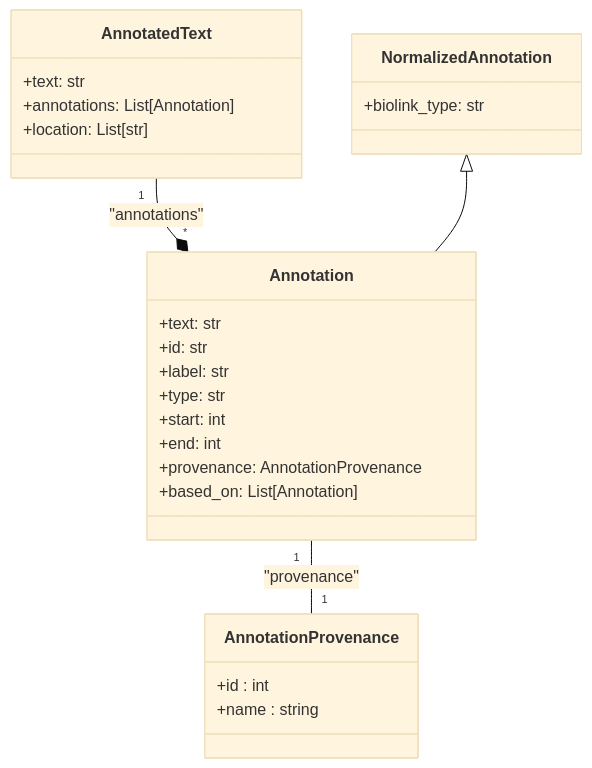
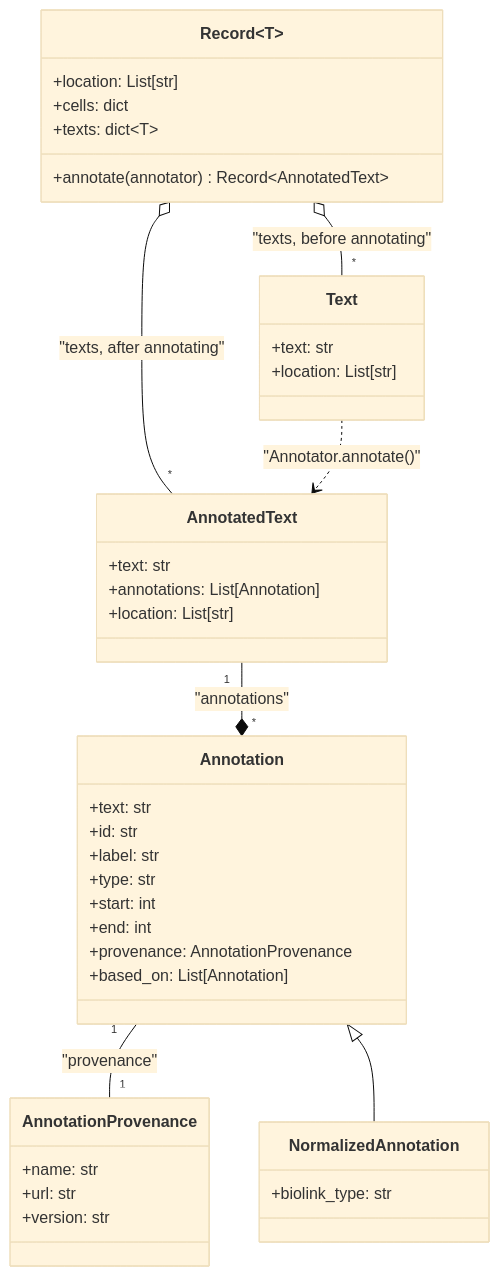
Before and after one commit to RENCI-NER/renci-ner: the diagram in README.md, drawn with Mermaid (base theme). The commit also changed other lines of this file and 1 other file, not shown here.

First line of the commit message:
Document Text and Record in the README and CLAUDE.md

````diff
--- a/README.md
+++ b/README.md
@@ -181,34 +176,50 @@
 ```mermaid
 classDiagram
   direction TD
+
+  class Text {
+    +text: str
+    +location: List[str]
+  }
+
+  class Record~T~ {
+    +location: List[str]
+    +cells: dict
+    +texts: dict~T~
+    +annotate(annotator) Record~AnnotatedText~
+  }
 
   class AnnotatedText {
     +text: str
     +annotations: List[Annotation]
     +location: List[str]
   }
 
   class AnnotationProvenance {
-    +id : int
-    +name : string
+    +name: str
+    +url: str
+    +version: str
   }
 
   class Annotation {
     +text: str
     +id: str
     +label: str
     +type: str
     +start: int
     +end: int
     +provenance: AnnotationProvenance
     +based_on: List[Annotation]
   }
 
   class NormalizedAnnotation {
      +biolink_type: str
   }
 
+  Record o-- "*" Text: "texts, before annotating"
+  Record o-- "*" AnnotatedText: "texts, after annotating"
+  Text ..> AnnotatedText: "Annotator.annotate()"
   Annotation "1" -- "1" AnnotationProvenance: "provenance"
   AnnotatedText "1" --* "*" Annotation: "annotations"
-  NormalizedAnnotation <|-- Annotation
+  Annotation <|-- NormalizedAnnotation
 ```
````
